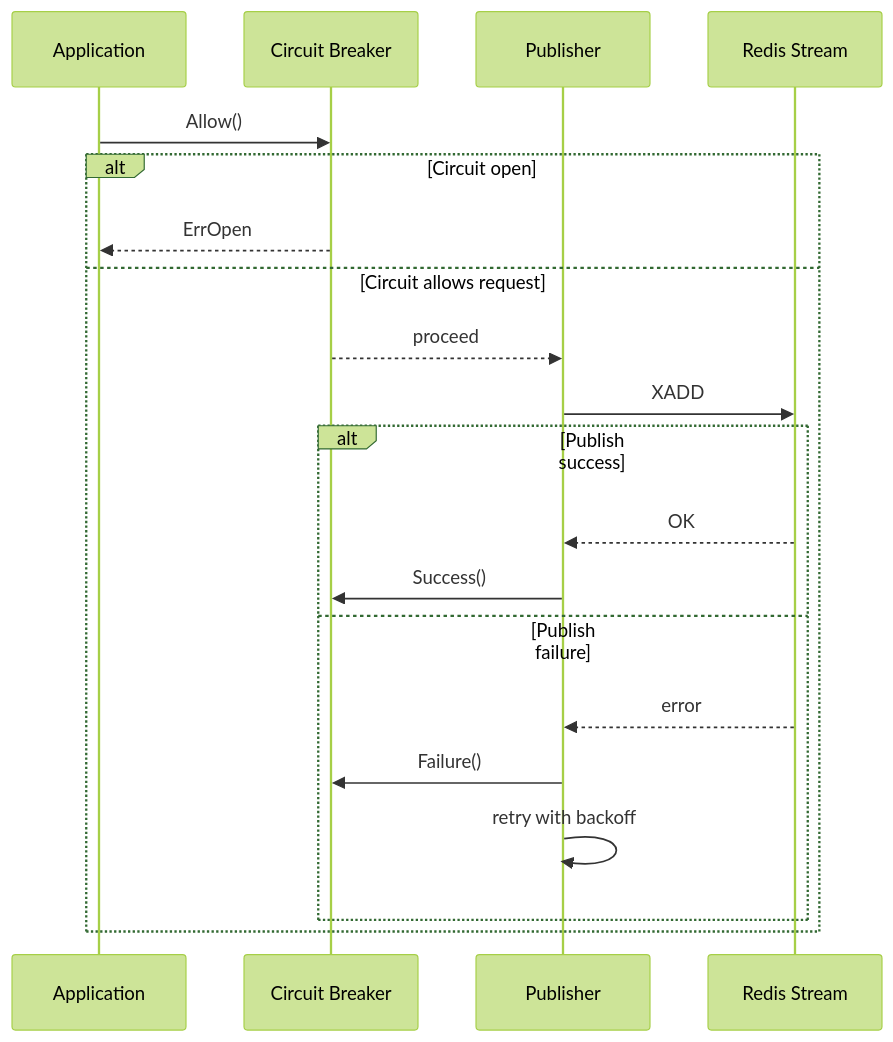
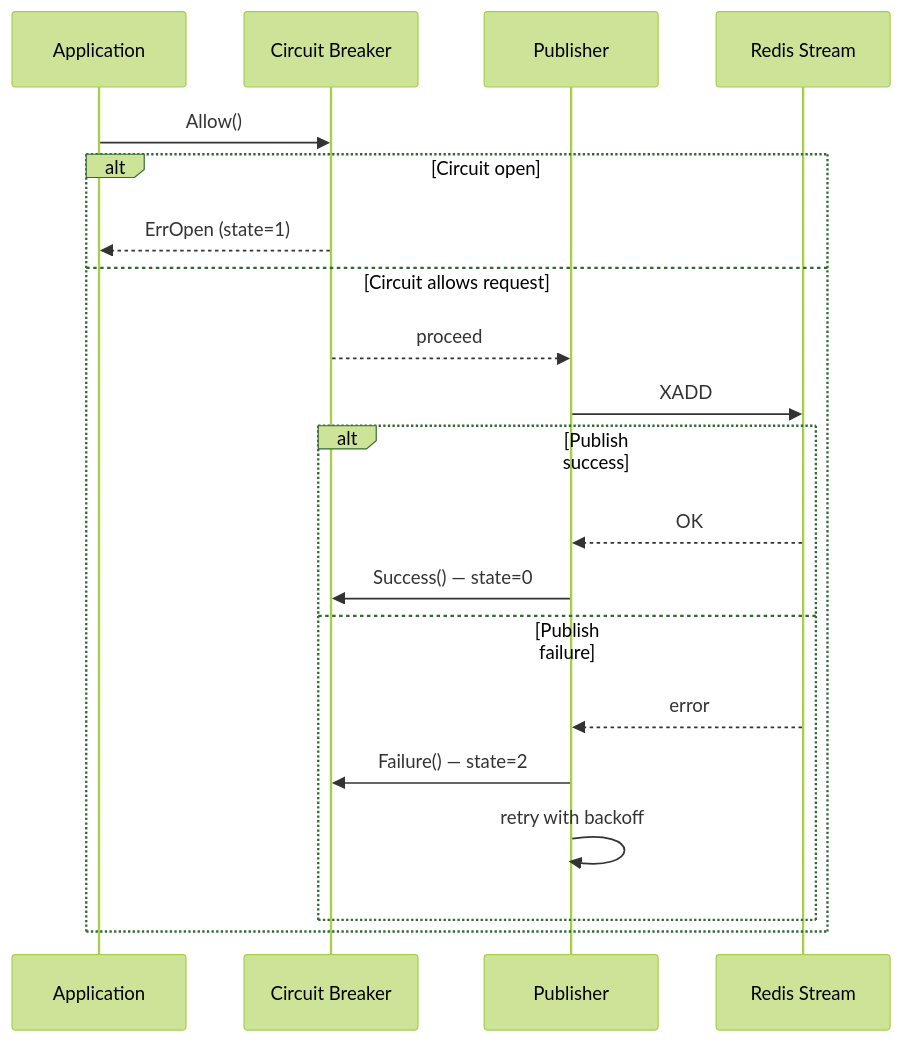
The second of 4 diagrams in README.md (vinnedev/redis-stream-go), drawn with Mermaid (forest theme) before and after one commit. The commit also changed other lines of this file and 12 other files, not shown here.

````diff
--- a/README.md
+++ b/README.md
@@ -106,23 +116,23 @@
 ```mermaid
 sequenceDiagram
     participant App as Application
     participant CB as Circuit Breaker
     participant Pub as Publisher
     participant Redis as Redis Stream
 
     App->>CB: Allow()
     alt Circuit open
-        CB-->>App: ErrOpen
+        CB-->>App: ErrOpen (state=1)
     else Circuit allows request
         CB-->>Pub: proceed
         Pub->>Redis: XADD
         alt Publish success
             Redis-->>Pub: OK
-            Pub->>CB: Success()
+            Pub->>CB: Success() — state=0
         else Publish failure
             Redis-->>Pub: error
-            Pub->>CB: Failure()
+            Pub->>CB: Failure() — state=2
             Pub->>Pub: retry with backoff
         end
     end
 ```
````
